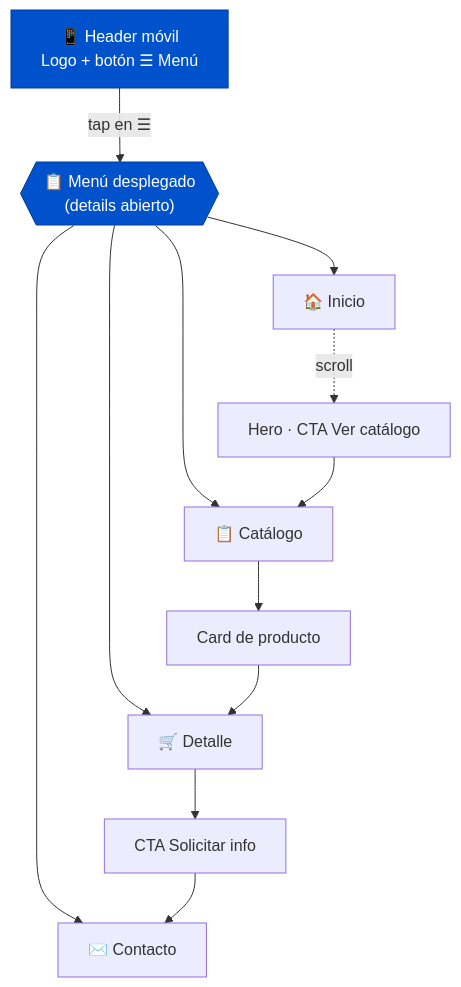
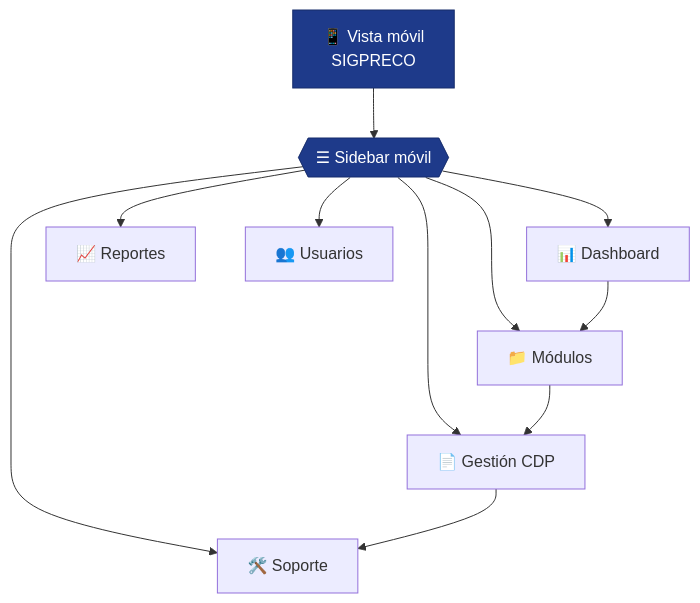
One commit to IsaacPetro/mini-sitio-adso changed the third of 3 diagrams in docs/mapa-navegacion.md. Above: the diagram before and after it, drawn with Mermaid. The commit also changed other lines of this file and 8 other files, not shown here.

Commit message:
feat: dashboard sigpreco

````diff
--- a/docs/mapa-navegacion.md
+++ b/docs/mapa-navegacion.md
@@ -71,23 +100,29 @@
 ```mermaid
 flowchart TD
-  MOBILE["📱 Header móvil<br/>Logo + botón ☰ Menú"]
 
-  MOBILE -->|tap en ☰| MENU{{"📋 Menú desplegado<br/>(details abierto)"}}
+  MOBILE["📱 Vista móvil<br/>SIGPRECO"]
 
-  MENU --> HOME_M["🏠 Inicio"]
-  MENU --> CAT_M["📋 Catálogo"]
-  MENU --> DET_M["🛒 Detalle"]
-  MENU --> CON_M["✉️ Contacto"]
+  MOBILE --> MENU{{"☰ Sidebar móvil"}}
 
-  HOME_M -.->|scroll| HERO_M["Hero · CTA Ver catálogo"]
-  HERO_M --> CAT_M
+  MENU --> DASH_M["📊 Dashboard"]
 
-  CAT_M --> CARD_M["Card de producto"]
-  CARD_M --> DET_M
+  MENU --> MOD_M["📁 Módulos"]
 
-  DET_M --> CTA_M["CTA Solicitar info"]
-  CTA_M --> CON_M
+  MENU --> CDP_M["📄 Gestión CDP"]
 
-  classDef mobile fill:#0052cc,stroke:#003d99,color:#fff
+  MENU --> SOP_M["🛠️ Soporte"]
+
+  MENU --> REP_M["📈 Reportes"]
+
+  MENU --> USR_M["👥 Usuarios"]
+
+  DASH_M --> MOD_M
+
+  MOD_M --> CDP_M
+
+  CDP_M --> SOP_M
+
+  classDef mobile fill:#1E3A8A,stroke:#162C6B,color:#fff
+
   class MOBILE,MENU mobile
 ```
````
